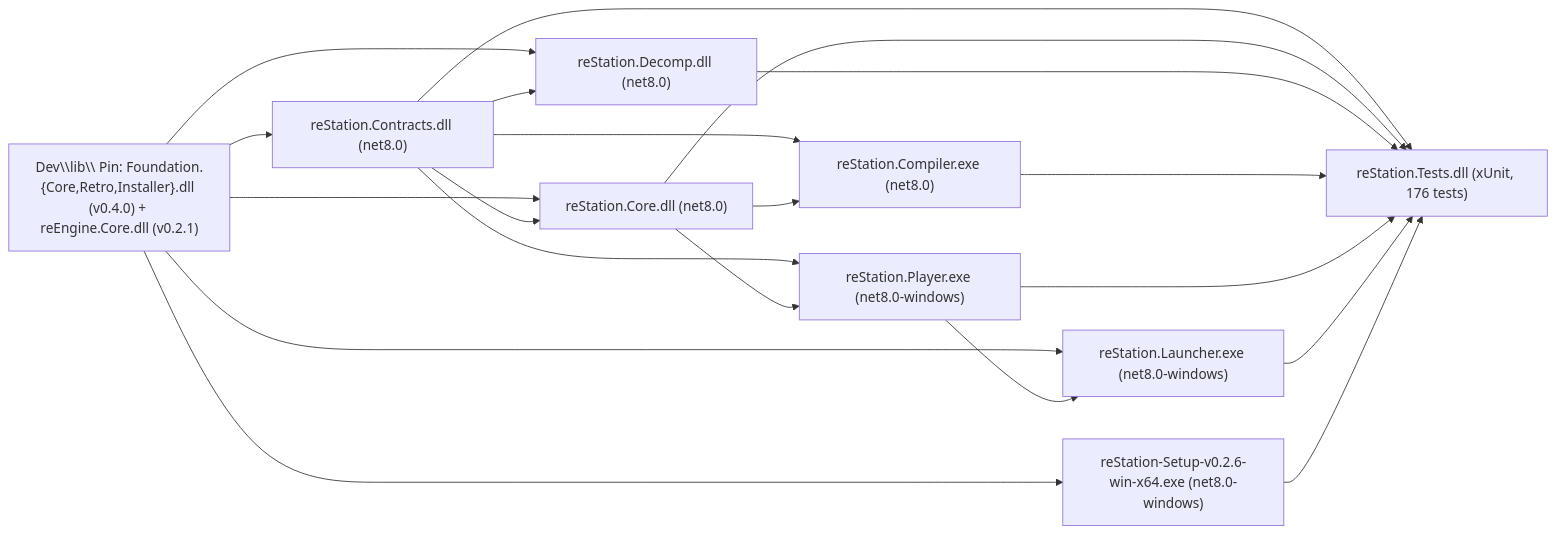
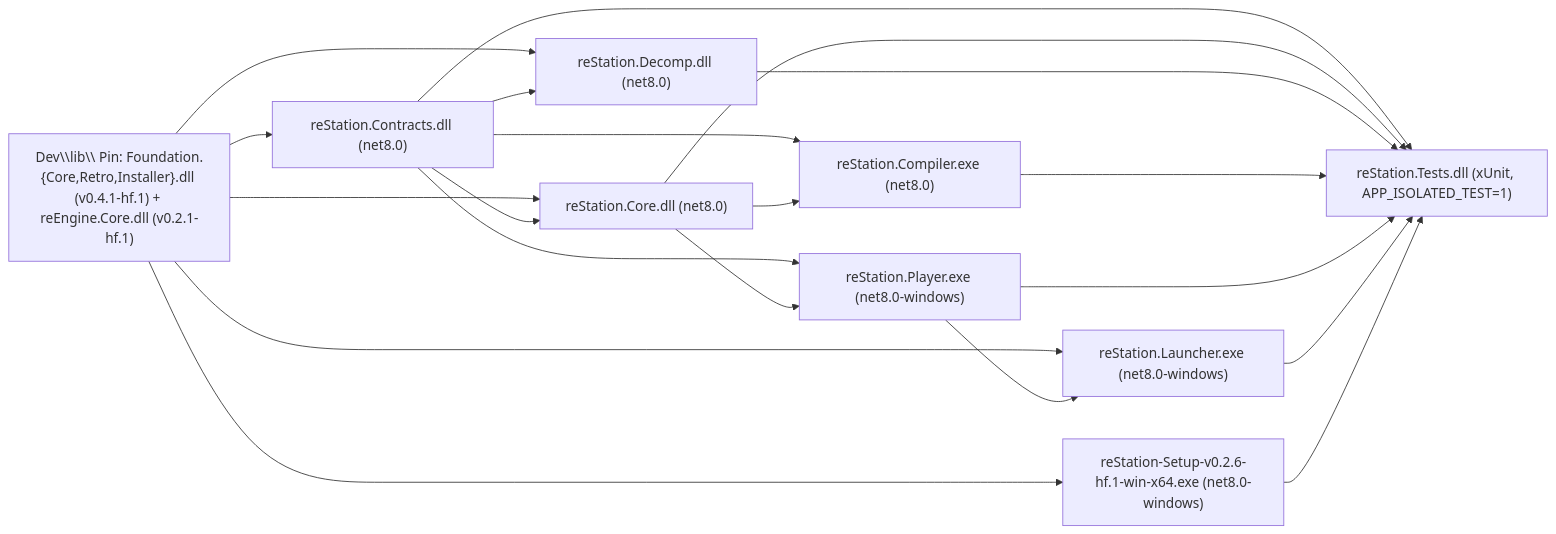
One commit to StreamItAllGit/reSlate changed the second of 2 diagrams in Dev/docs/ARCHITECTURE.md. Above: the diagram before and after it, drawn with Mermaid. The commit also changed other lines of this file and 102 other files, not shown here.

Commit message:
chore(release): v0.2.6-hf.1 Foundation v0.4.1-hf.1 and APP_ISOLATED_TEST=1 cleanup

````diff
--- a/Dev/docs/ARCHITECTURE.md
+++ b/Dev/docs/ARCHITECTURE.md
@@ -51,32 +51,32 @@
 ```mermaid
 flowchart LR
-    EXT["Dev\\lib\\ Pin: Foundation.{Core,Retro,Installer}.dll (v0.4.0) + reEngine.Core.dll (v0.2.1)"]
+    EXT["Dev\\lib\\ Pin: Foundation.{Core,Retro,Installer}.dll (v0.4.1-hf.1) + reEngine.Core.dll (v0.2.1-hf.1)"]
     CON["reStation.Contracts.dll (net8.0)"]
     CORE["reStation.Core.dll (net8.0)"]
     DEC["reStation.Decomp.dll (net8.0)"]
     CMP["reStation.Compiler.exe (net8.0)"]
     PLY["reStation.Player.exe (net8.0-windows)"]
     LNC["reStation.Launcher.exe (net8.0-windows)"]
-    INS["reStation-Setup-v0.2.6-win-x64.exe (net8.0-windows)"]
-    TST["reStation.Tests.dll (xUnit, 176 tests)"]
+    INS["reStation-Setup-v0.2.6-hf.1-win-x64.exe (net8.0-windows)"]
+    TST["reStation.Tests.dll (xUnit, APP_ISOLATED_TEST=1)"]
 
     EXT --> CON
     EXT --> CORE
     EXT --> DEC
     EXT --> INS
     EXT --> LNC
     CON --> CORE
     CON --> DEC
     CON --> CMP
     CON --> PLY
     CORE --> CMP
     CORE --> PLY
     PLY --> LNC
     CON --> TST
     CORE --> TST
     DEC --> TST
     CMP --> TST
     PLY --> TST
     LNC --> TST
     INS --> TST
 ```
````
